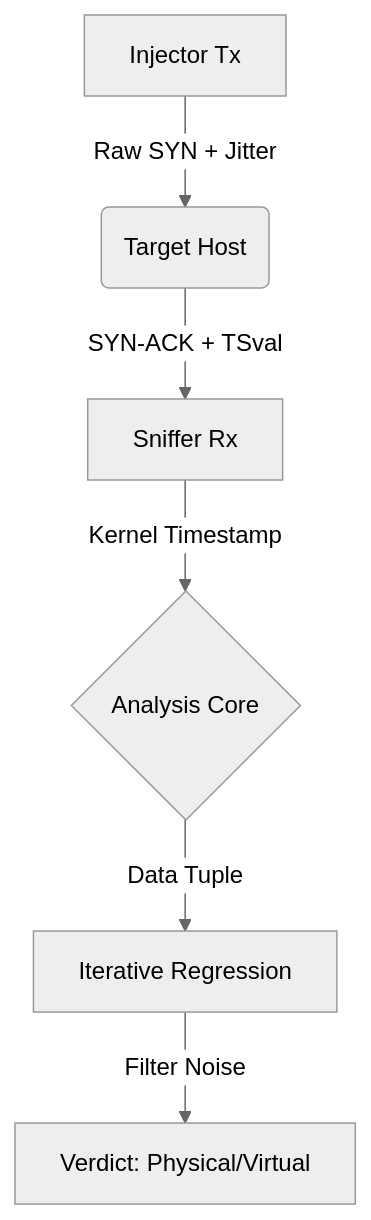
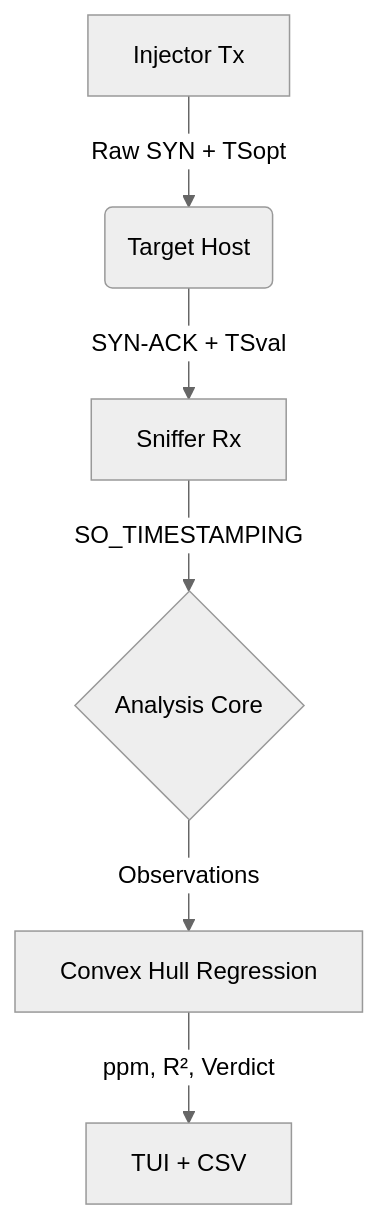
One commit to Noamismach/chronos_track changed the diagram in README.md. Above: the diagram before and after it, drawn with Mermaid (neutral theme). The commit also changed other lines of this file and 6 other files, not shown here.

`````diff
--- a/README.md
+++ b/README.md
@@ -59,8 +54,8 @@
 ```mermaid
 graph TD;
-    A[Injector Tx] -->|Raw SYN + Jitter| B(Target Host);
+    A[Injector Tx] -->|Raw SYN + TSopt| B(Target Host);
     B -->|SYN-ACK + TSval| C[Sniffer Rx];
-    C -->|Kernel Timestamp| D{Analysis Core};
-    D -->|Data Tuple| E[Iterative Regression];
-    E -->|Filter Noise| F[Verdict: Physical/Virtual];
+    C -->|SO_TIMESTAMPING| D{Analysis Core};
+    D -->|Observations| E[Convex Hull Regression];
+    E -->|ppm, R², Verdict| F[TUI + CSV];
 ````
`````
